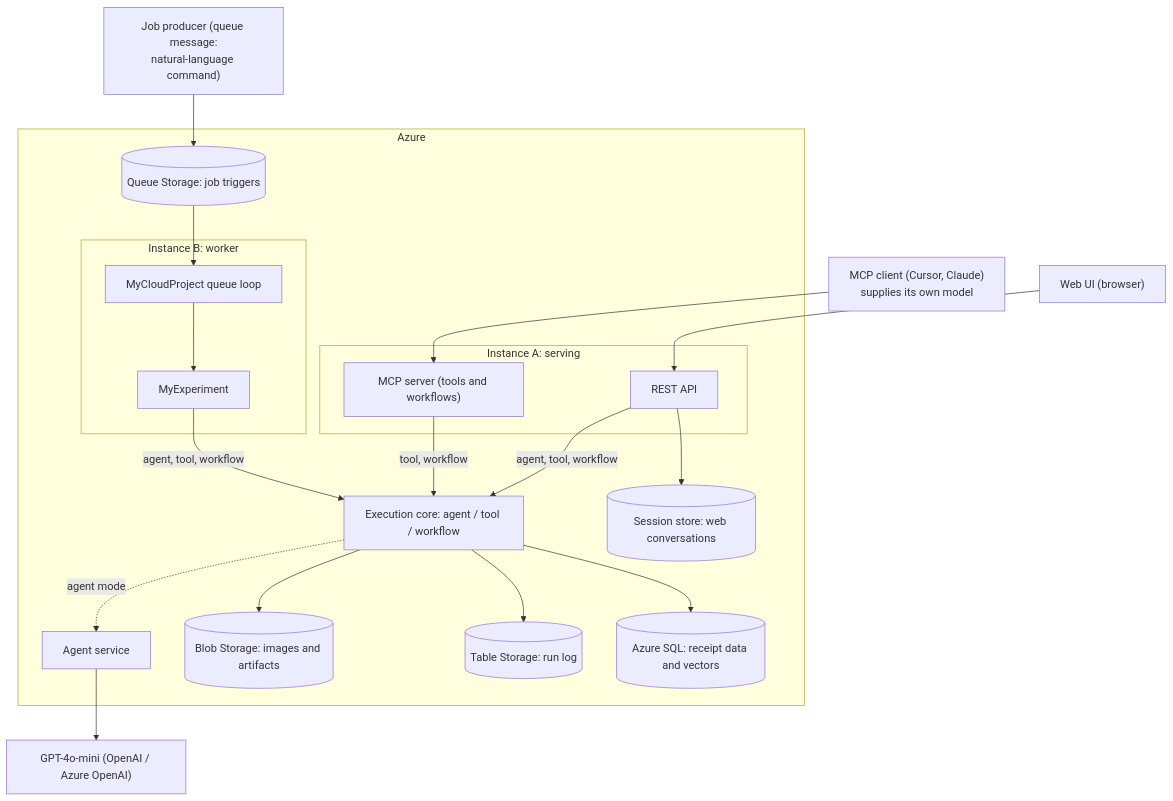
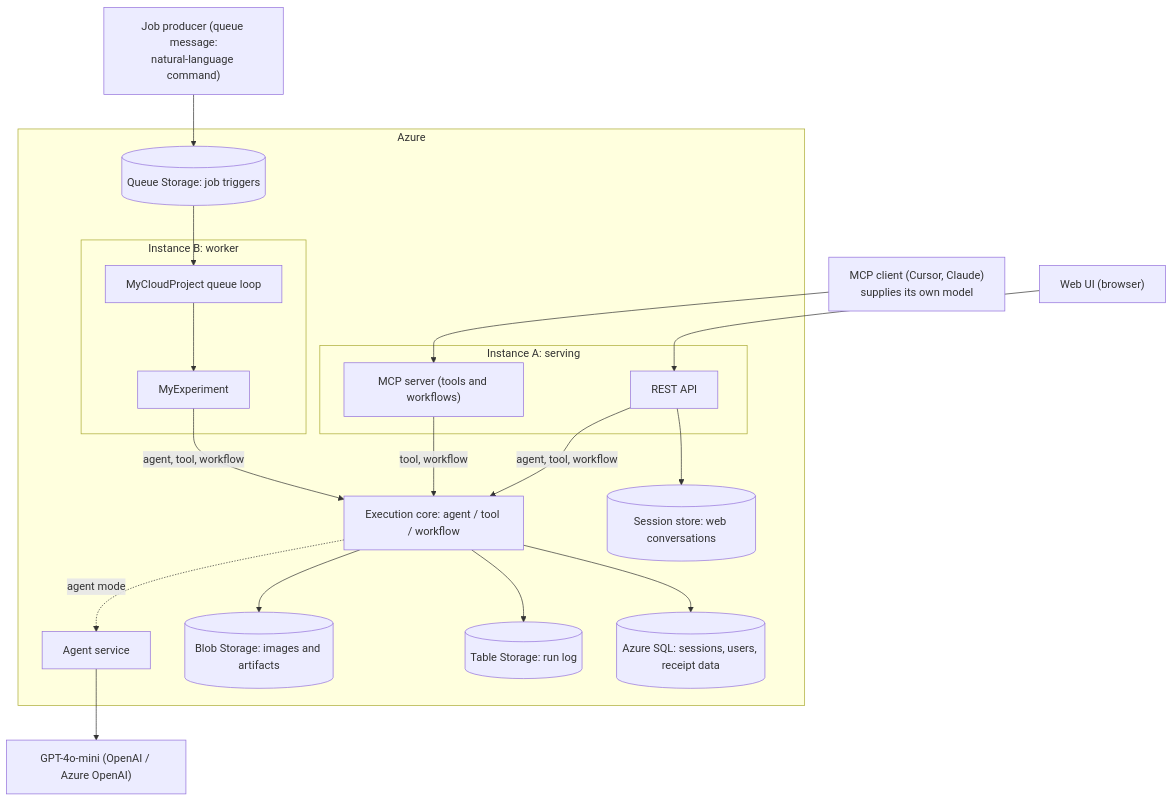
Before and after one commit to bahaspieler/agentic-document-ocr: the diagram in Documentation/CLOUD_PROJECT_PLAN_V1.md, drawn with Mermaid. The commit also changed other lines of this file and 59 other files, not shown here.

````diff
--- a/Documentation/CLOUD_PROJECT_PLAN_V1.md
+++ b/Documentation/CLOUD_PROJECT_PLAN_V1.md
@@ -35,41 +41,41 @@
 ```mermaid
 flowchart TB
     McpClient["MCP client (Cursor, Claude)<br/>supplies its own model"]
     Browser["Web UI (browser)"]
     Producer["Job producer (queue message:<br/>natural-language command)"]
 
     subgraph Azure["Azure"]
         subgraph InstA["Instance A: serving"]
             Mcp["MCP server (tools and workflows)"]
             Api["REST API"]
         end
         subgraph InstB["Instance B: worker"]
             Worker["MyCloudProject queue loop"]
             Exp["MyExperiment"]
         end
         Core["Execution core: agent / tool / workflow"]
         AgentSvc["Agent service"]
         Blob[("Blob Storage: images and artifacts")]
         Table[("Table Storage: run log")]
         Queue[("Queue Storage: job triggers")]
         Sessions[("Session store: web conversations")]
-        Sql[("Azure SQL: receipt data and vectors")]
+        Sql[("Azure SQL: sessions, users, receipt data")]
     end
 
     Model["GPT-4o-mini (OpenAI / Azure OpenAI)"]
 
     McpClient --> Mcp
     Browser --> Api
     Producer --> Queue
     Queue --> Worker
     Worker --> Exp
     Mcp -->|tool, workflow| Core
     Api -->|agent, tool, workflow| Core
     Exp -->|agent, tool, workflow| Core
     Api --> Sessions
     Core -.->|agent mode| AgentSvc
     AgentSvc --> Model
     Core --> Blob
     Core --> Table
     Core --> Sql
 ```
````
